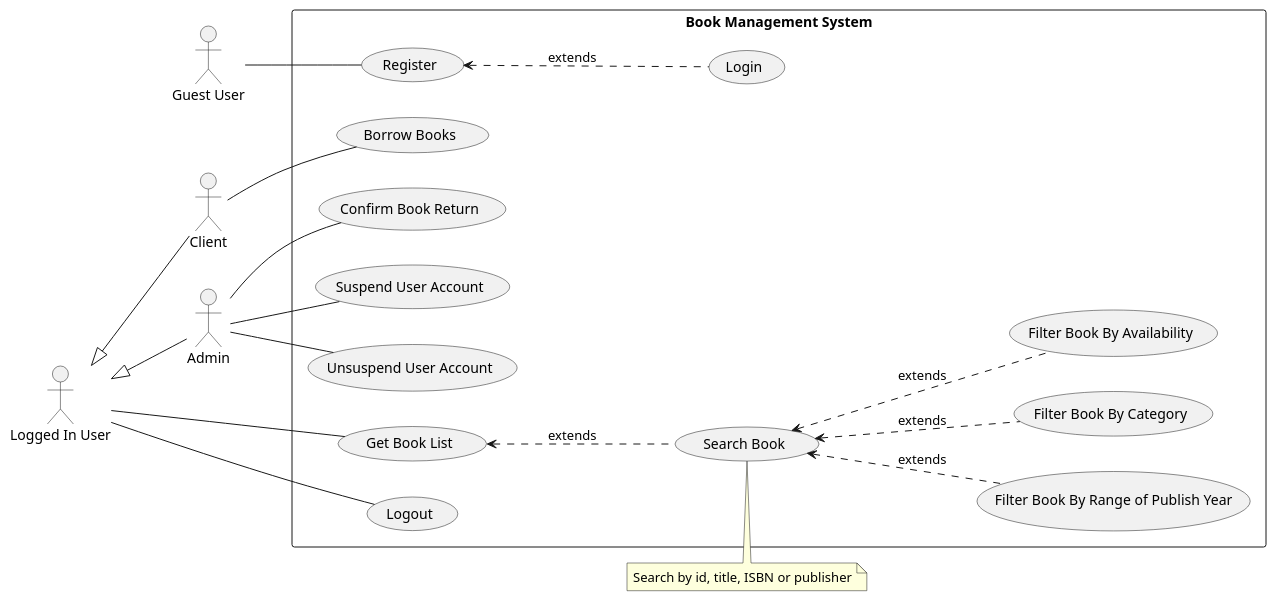
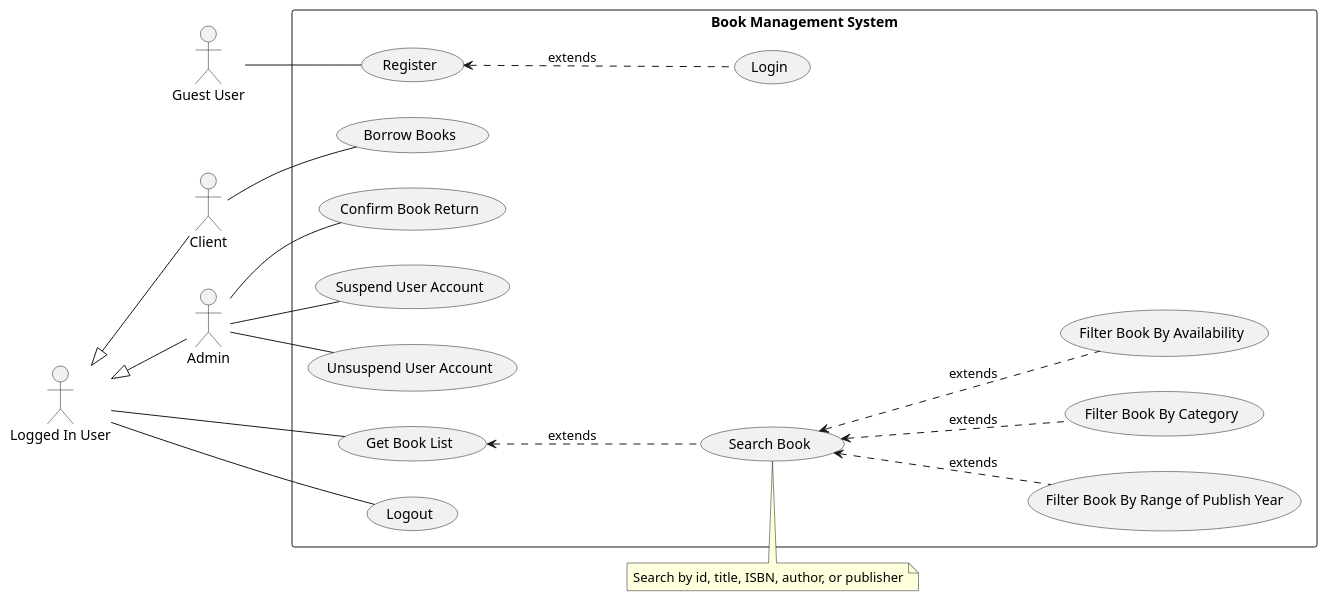
The diagram in design/Use Case.plantuml (Xrayya/book-api-clean), drawn with PlantUML before and after one commit.

Commit message:
chore(design): update search books use case note

```diff
--- a/design/Use Case.plantuml
+++ b/design/Use Case.plantuml
@@ -1,53 +1,53 @@
 @startuml
 left to right direction
 
 :Guest User: as gUser
 :Logged In User: as lUser
 :Client: as client
 :Admin: as admin
 
 rectangle "Book Management System" {
   usecase "Register" as register
   usecase "Login" as login
   usecase "Logout" as logout
 
   'For Logged In Users
   usecase "Get Book List" as gBookList
   usecase "Filter Book By Range of Publish Year" as fRYear
   usecase "Filter Book By Category" as fCategory
   usecase "Filter Book By Availability" as fAvail
   usecase "Search Book" as search
 
   'For Client
   usecase "Borrow Books" as borrow
 
   'For Admin
   usecase "Confirm Book Return" as confirmReturn
   usecase "Suspend User Account" as suspendUser
   usecase "Unsuspend User Account" as unsuspendUser
 }
 
 lUser <|-- client
 lUser <|-- admin
 
 gUser -- register
 
 login .up.> register : extends
 
 lUser -- logout
 lUser -- gBookList
 
 search .up.> gBookList : extends
 
-note top of search : Search by id, title, ISBN or publisher
+note top of search : Search by id, title, ISBN, author, or publisher
 
 fRYear .up.> search : extends
 fCategory .up.> search : extends
 fAvail .up.> search : extends
 
 client -- borrow
 
 admin -- confirmReturn
 admin -- suspendUser
 admin -- unsuspendUser
 @enduml
```
